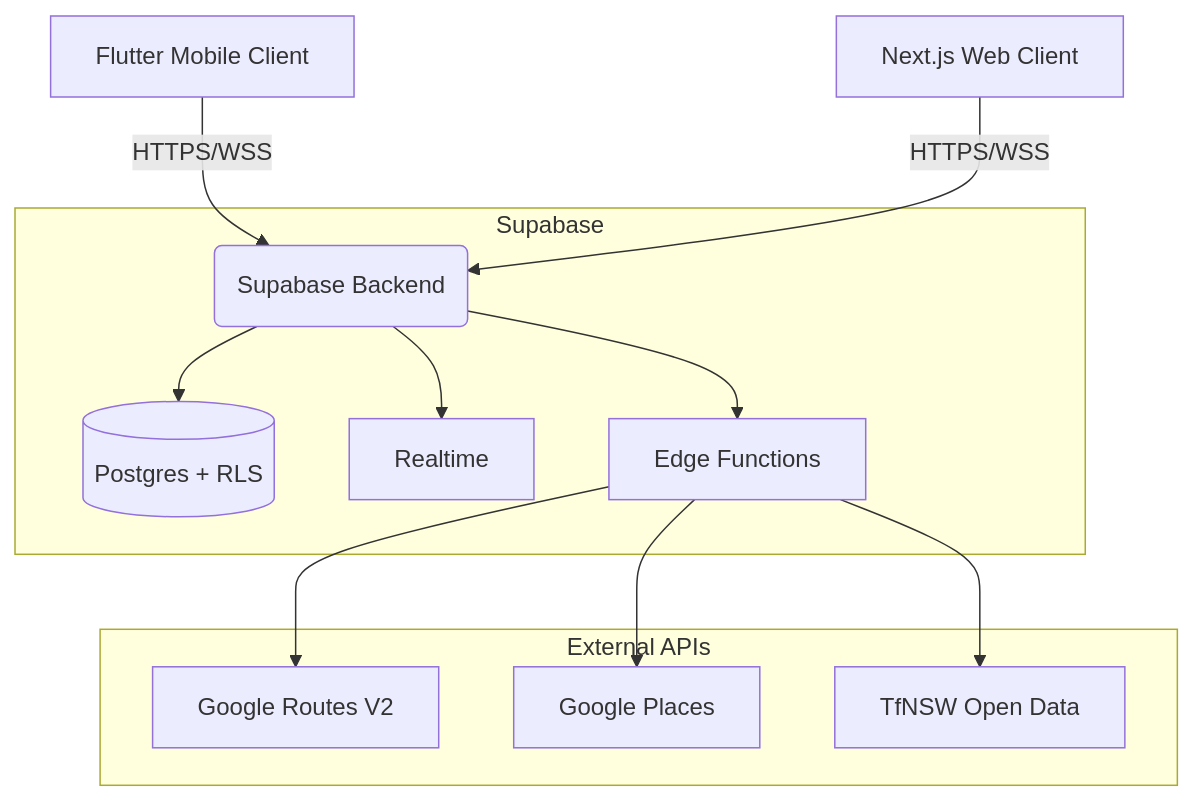
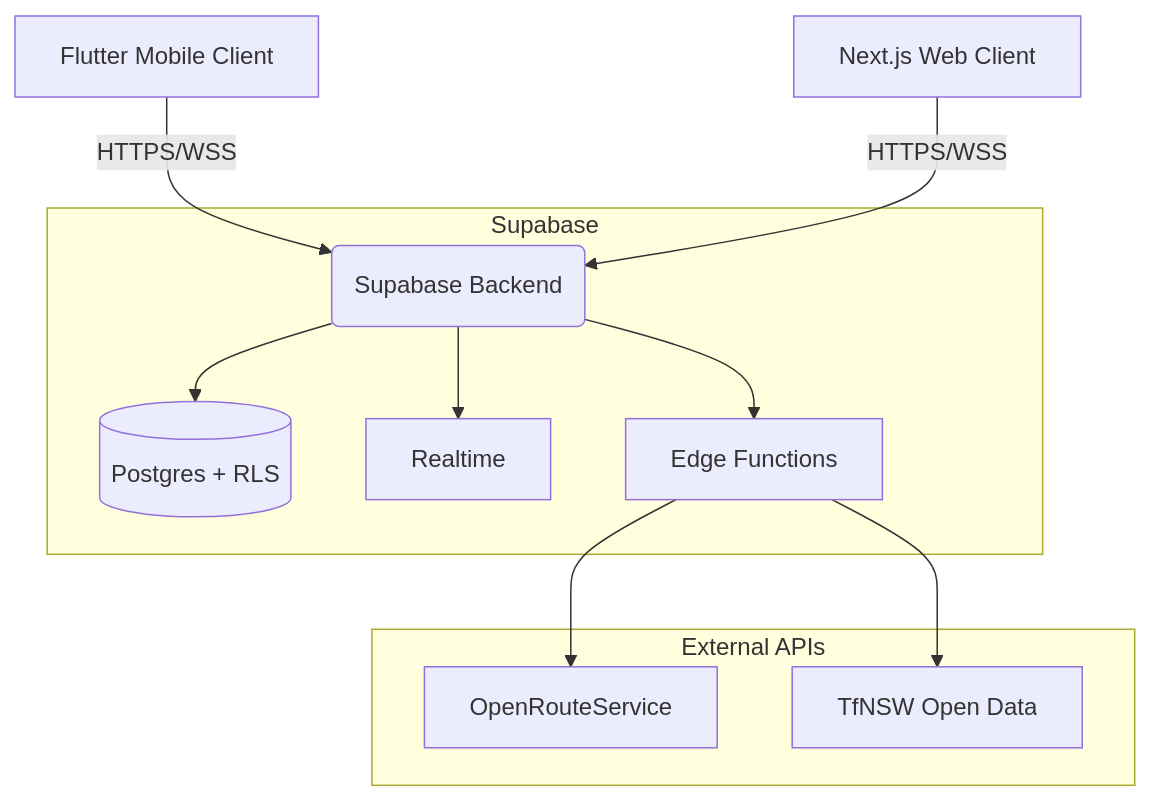
Before and after one commit to Raoof128/MQ-Journey: the diagram in README.md, drawn with Mermaid. The commit also changed other lines of this file and 10 other files, not shown here.

````diff
--- a/README.md
+++ b/README.md
@@ -152,17 +151,16 @@
 ```mermaid
 graph TD
     A[Flutter Mobile Client] -->|HTTPS/WSS| B(Supabase Backend)
     C[Next.js Web Client] -->|HTTPS/WSS| B
 
     subgraph "Supabase"
         B --> D[(Postgres + RLS)]
         B --> E[Realtime]
         B --> F[Edge Functions]
     end
 
     subgraph "External APIs"
-        F --> G[Google Routes V2]
-        F --> H[Google Places]
-        F --> I[TfNSW Open Data]
+        F --> G[OpenRouteService]
+        F --> H[TfNSW Open Data]
     end
 ```
````
